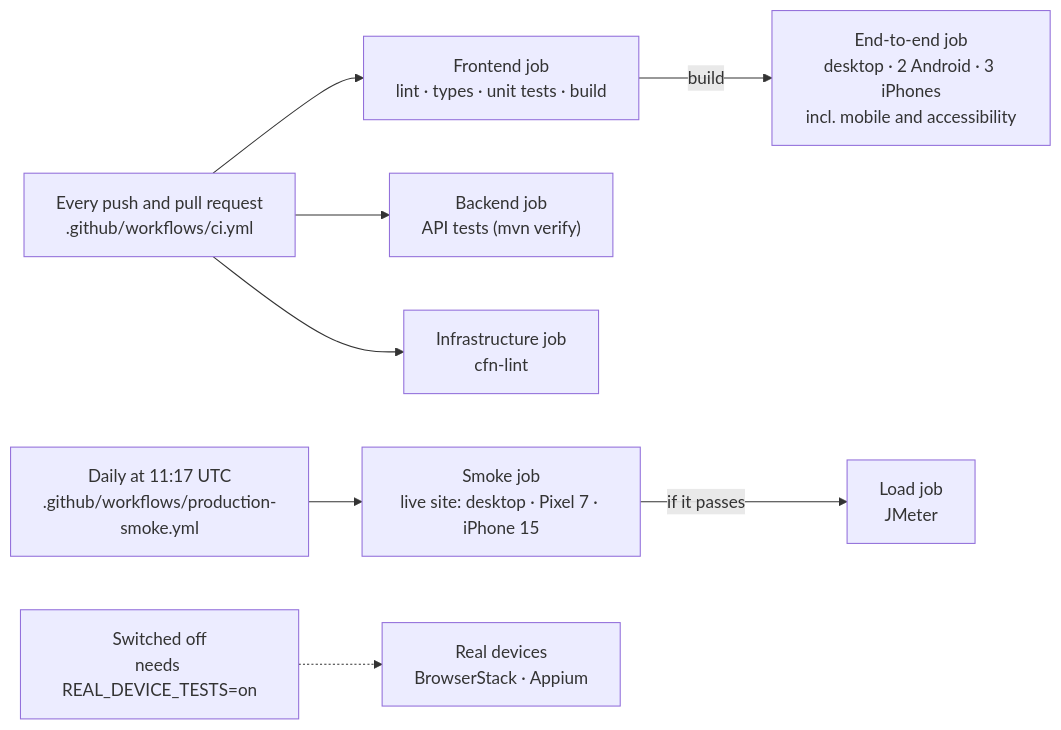
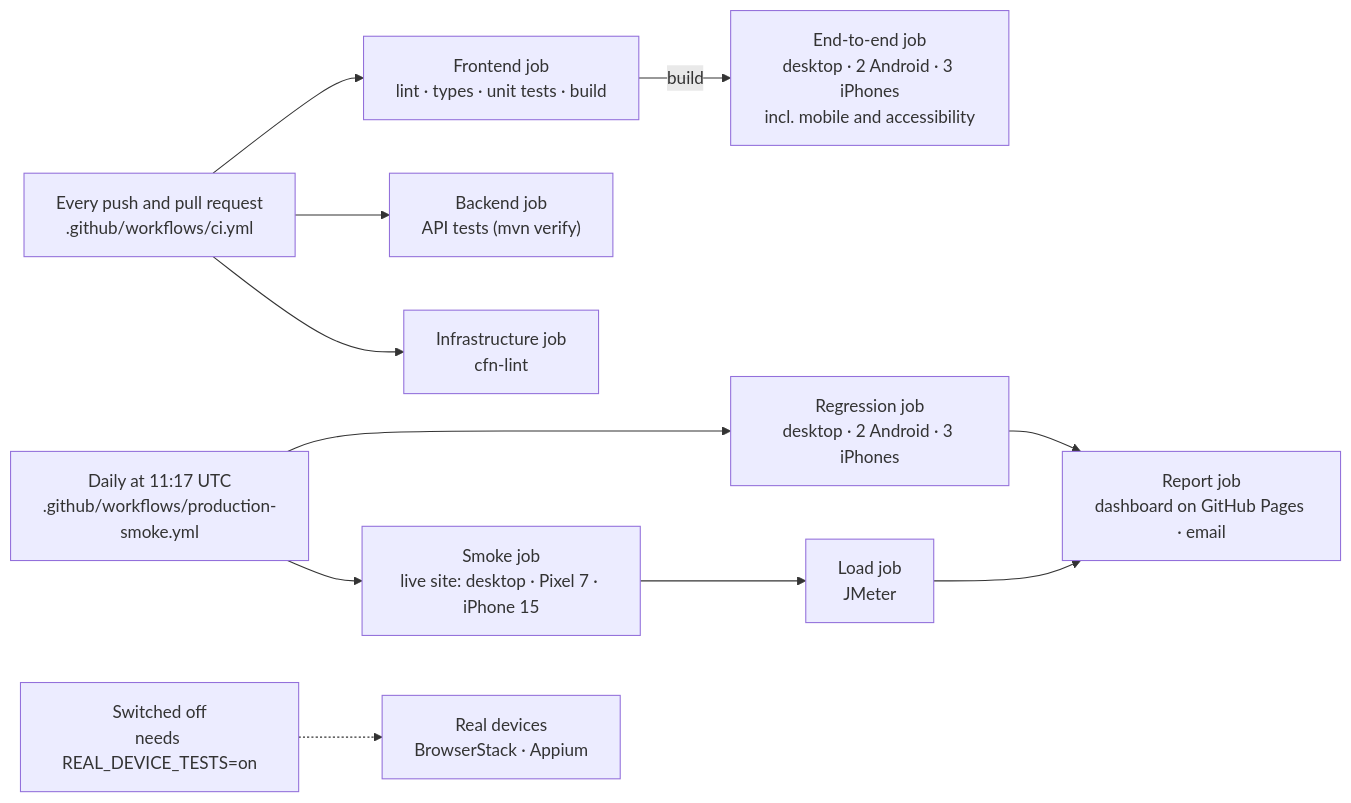
Before and after one commit to shane24sweeney/aboutshane: the first of 4 diagrams in docs/testing.md, drawn with Mermaid. The commit also changed other lines of this file and 10 other files, not shown here.

First line of the commit message:
Add a daily test report: GitHub Pages dashboard and summary email

````diff
--- a/docs/testing.md
+++ b/docs/testing.md
@@ -56,16 +56,19 @@
 ```mermaid
 flowchart LR
   push["Every push and pull request<br/>.github/workflows/ci.yml"]
   daily["Daily at 11:17 UTC<br/>.github/workflows/production-smoke.yml"]
   off["Switched off<br/>needs REAL_DEVICE_TESTS=on"]
 
   push --> frontend["Frontend job<br/>lint · types · unit tests · build"]
   push --> backend["Backend job<br/>API tests (mvn verify)"]
   push --> infra["Infrastructure job<br/>cfn-lint"]
   frontend -- "build" --> e2e["End-to-end job<br/>desktop · 2 Android · 3 iPhones<br/>incl. mobile and accessibility"]
 
+  daily --> regression["Regression job<br/>desktop · 2 Android · 3 iPhones"]
   daily --> smoke["Smoke job<br/>live site: desktop · Pixel 7 · iPhone 15"]
-  smoke -- "if it passes" --> load["Load job<br/>JMeter"]
+  smoke --> load["Load job<br/>JMeter"]
+  regression --> report["Report job<br/>dashboard on GitHub Pages · email"]
+  load --> report
 
   off -.-> real["Real devices<br/>BrowserStack · Appium"]
 ```
````
